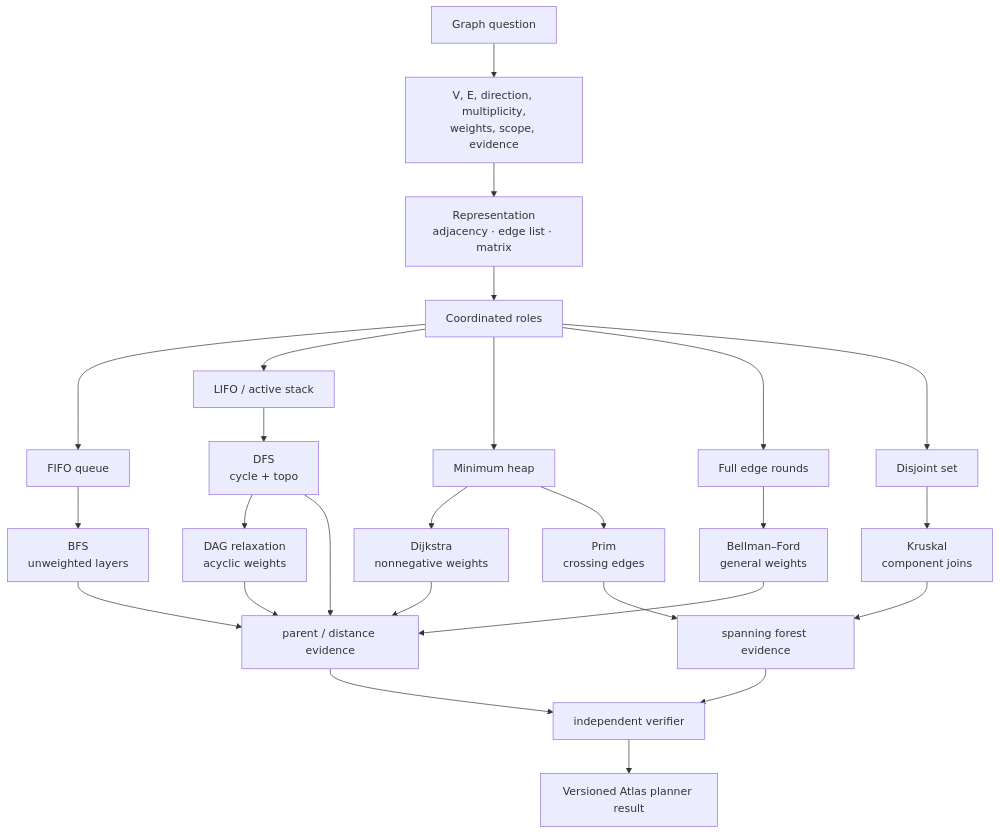
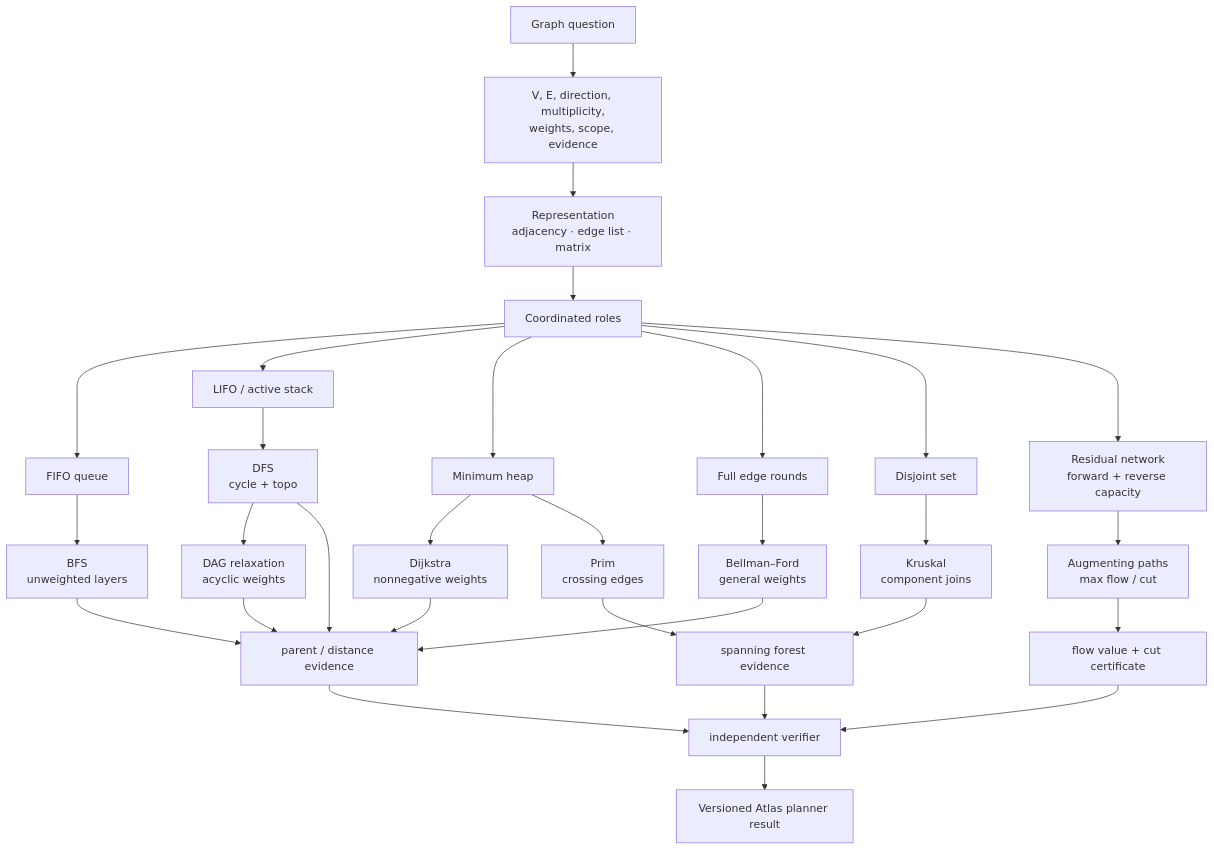
Diagram 11 of 11 in content/modules/10_graph_algorithms_network_models.md (michaeliu3/atlas-academy-python-cs), drawn with Mermaid before and after one commit. The commit also changed other lines of this file and 11 other files, not shown here.

Commit message:
Add M10 network flow bridge

````diff
--- a/content/modules/10_graph_algorithms_network_models.md
+++ b/content/modules/10_graph_algorithms_network_models.md
@@ -2579,31 +2810,35 @@
 ```mermaid
 %% atlas-diagram-id: m10-consolidation-map
 %% atlas-diagram-title: Graph questions select coordinated algorithm roles and independently checkable evidence
-%% atlas-diagram-alt: A graph question fixes the model and representation, then assigns FIFO, LIFO, heap, edge-round, or disjoint-set roles. BFS, DFS, Bellman-Ford, Dijkstra, DAG relaxation, Prim, and Kruskal produce path or forest evidence that an independent verifier turns into a versioned Atlas planner result.
+%% atlas-diagram-alt: A graph question fixes the model and representation, then assigns FIFO, LIFO, heap, edge-round, disjoint-set, or residual-network roles. BFS, DFS, Bellman-Ford, Dijkstra, DAG relaxation, Prim, Kruskal, and augmenting paths produce path, forest, or flow evidence that an independent verifier turns into a versioned Atlas planner result.
 flowchart TD
     QUESTION["Graph question"] --> MODEL["V, E, direction, multiplicity,<br/>weights, scope, evidence"]
     MODEL --> REP["Representation<br/>adjacency · edge list · matrix"]
     REP --> ROLES["Coordinated roles"]
     ROLES --> Q["FIFO queue"]
     ROLES --> S["LIFO / active stack"]
     ROLES --> H["Minimum heap"]
     ROLES --> PASS["Full edge rounds"]
     ROLES --> DSU["Disjoint set"]
+    ROLES --> RES["Residual network<br/>forward + reverse capacity"]
     Q --> BFS["BFS<br/>unweighted layers"]
     S --> DFS["DFS<br/>cycle + topo"]
     PASS --> BF["Bellman–Ford<br/>general weights"]
     H --> DIJ["Dijkstra<br/>nonnegative weights"]
     DFS --> DAG["DAG relaxation<br/>acyclic weights"]
     H --> PRIM["Prim<br/>crossing edges"]
     DSU --> KRUSKAL["Kruskal<br/>component joins"]
+    RES --> FLOW["Augmenting paths<br/>max flow / cut"]
     BFS --> EVID["parent / distance evidence"]
     DFS --> EVID
     BF --> EVID
     DIJ --> EVID
     DAG --> EVID
     PRIM --> FOREST["spanning forest evidence"]
     KRUSKAL --> FOREST
+    FLOW --> FLOWEVID["flow value + cut certificate"]
     EVID --> VERIFY["independent verifier"]
     FOREST --> VERIFY
+    FLOWEVID --> VERIFY
     VERIFY --> ATLAS["Versioned Atlas planner result"]
 ```
````
